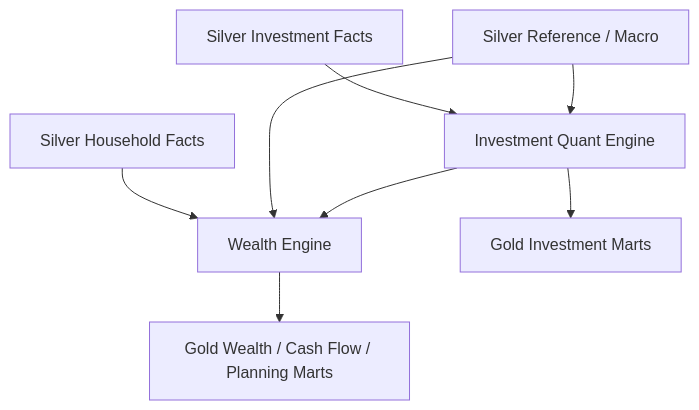
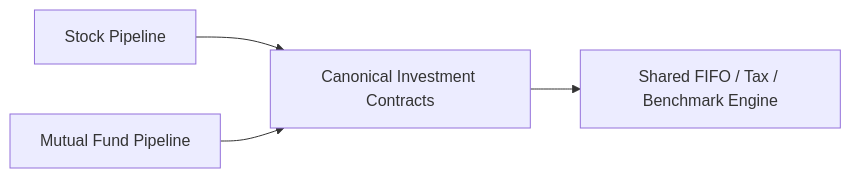
Before and after one commit to tks18/personal-finance-etl: the third of 4 diagrams in docs/architecture/data-model.md, drawn with Mermaid. The commit also changed other lines of this file and 5 other files, not shown here.

Commit message:
docs: refactor architecture docs to reflect recent changes

````diff
--- a/docs/architecture/data-model.md
+++ b/docs/architecture/data-model.md
@@ -779,11 +281,6 @@
 ```mermaid
-flowchart TB
-    S1["Silver Household Facts"] --> W["Wealth Engine"]
-    S2["Silver Investment Facts"] --> Q["Investment Quant Engine"]
-    S3["Silver Reference / Macro"] --> W
-    S3 --> Q
-
-    Q --> GI["Gold Investment Marts"]
-    Q --> W
-    W --> GW["Gold Wealth / Cash Flow / Planning Marts"]
+flowchart LR
+    STOCK["Stock Pipeline"] --> CAN["Canonical Investment Contracts"]
+    MF["Mutual Fund Pipeline"] --> CAN
+    CAN --> FIFO["Shared FIFO / Tax / Benchmark Engine"]
 ```
````
